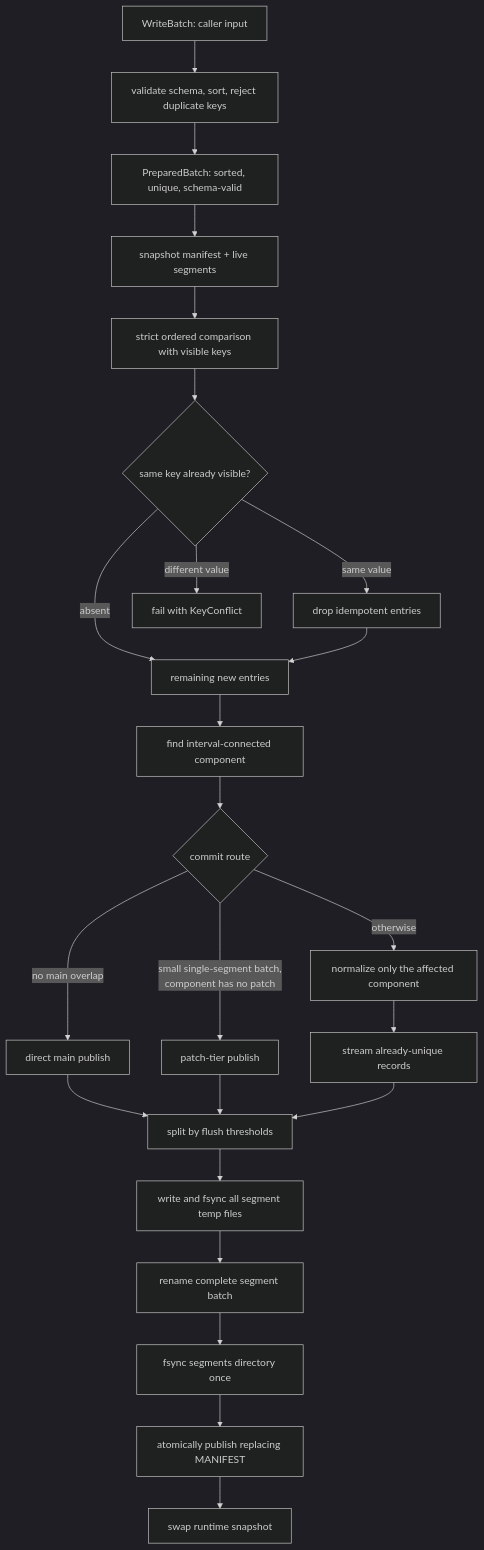
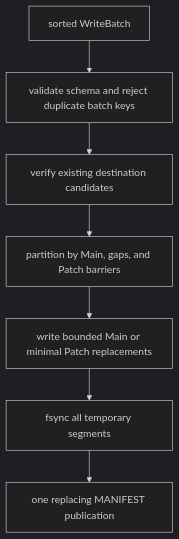
One commit to wangl-cc/evo-ssa-tools changed the second of 2 diagrams in crates/segment-cache-store/docs/design/04-operations.md. Above: the diagram before and after it, drawn with Mermaid (dark theme). The commit also changed other lines of this file and 11 other files, not shown here.

````diff
--- a/crates/segment-cache-store/docs/design/04-operations.md
+++ b/crates/segment-cache-store/docs/design/04-operations.md
@@ -143,29 +43,9 @@
 ```mermaid
 flowchart TD
-  Batch["WriteBatch: caller input"] --> Prepare["validate schema, sort, reject duplicate keys"]
-  Prepare --> Prepared["PreparedBatch: sorted, unique, schema-valid"]
-  Prepared --> Snapshot["snapshot manifest + live segments"]
-  Snapshot --> Existing["strict ordered comparison with visible keys"]
-  Existing --> Conflict{"same key already visible?"}
-  Conflict -->|same value| NoOp["drop idempotent entries"]
-  Conflict -->|different value| Reject["fail with KeyConflict"]
-  Conflict -->|absent| RouteInput["remaining new entries"]
-  NoOp --> RouteInput
-  RouteInput --> Affected["find interval-connected component"]
-  Affected --> Route{"commit route"}
-
-  Route -->|no main overlap| Direct["direct main publish"]
-  Route -->|small single-segment batch,<br/>component has no patch| Patch["patch-tier publish"]
-  Route -->|otherwise| Normalize["normalize only the affected component"]
-
-  Direct --> Split["split by flush thresholds"]
-  Patch --> Split
-  Normalize --> Unique["stream already-unique records"]
-  Unique --> Split
-
-  Split --> WriteSeg["write and fsync all segment temp files"]
-  WriteSeg --> Rename["rename complete segment batch"]
-  Rename --> SegmentBarrier["fsync segments directory once"]
-  SegmentBarrier --> Publish["atomically publish replacing MANIFEST"]
-  Publish --> Swap["swap runtime snapshot"]
+  Batch["sorted WriteBatch"] --> Validate["validate schema and reject duplicate batch keys"]
+  Validate --> Existing["verify existing destination candidates"]
+  Existing --> Partition["partition by Main, gaps, and Patch barriers"]
+  Partition --> Build["write bounded Main or minimal Patch replacements"]
+  Build --> Stage["fsync all temporary segments"]
+  Stage --> Publish["one replacing MANIFEST publication"]
 ```
````
